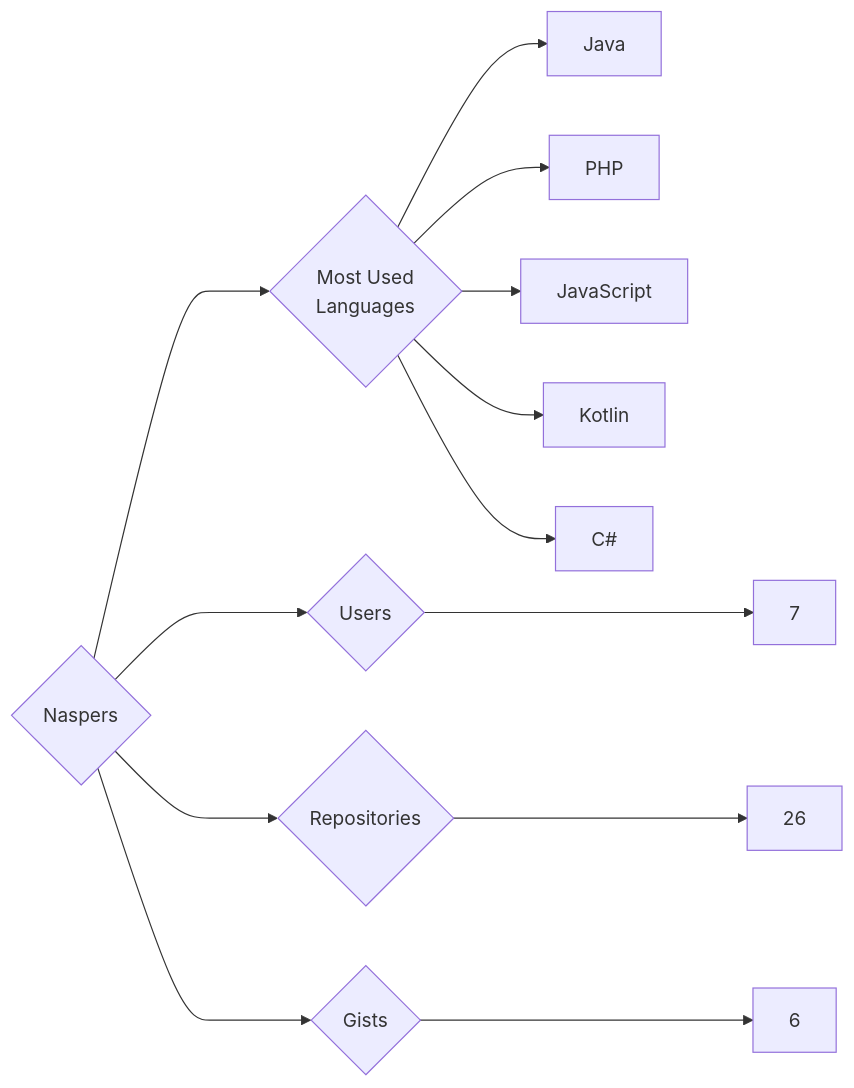
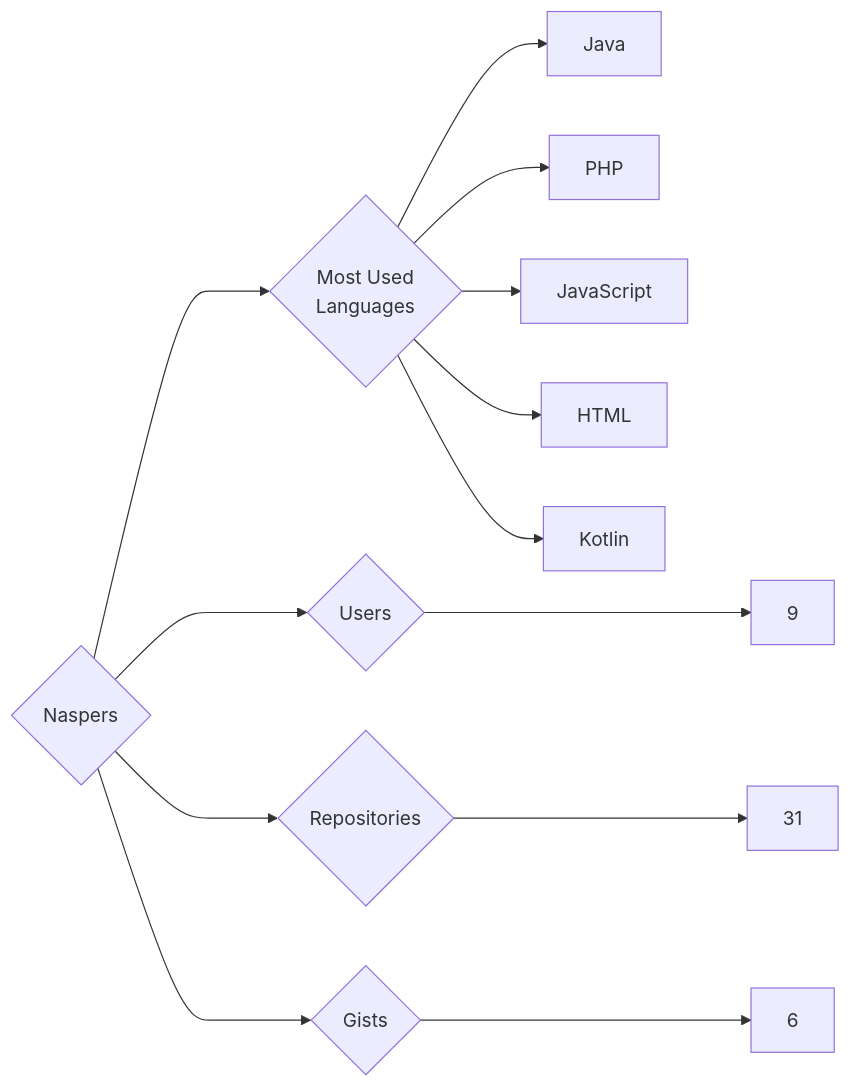
Before and after one commit to trickest/insiders: the diagram in targets/Naspers/README.md, drawn with Mermaid. The commit also changed 878 other files, not shown here.

````diff
--- a/targets/Naspers/README.md
+++ b/targets/Naspers/README.md
@@ -3,13 +3,13 @@
 ```mermaid
 graph LR
 COMPANY_NAME{Naspers}
-COMPANY_NAME ---> U{Users} ---> UN[7]
-COMPANY_NAME ---> R{Repositories} ---> RN[26]
+COMPANY_NAME ---> U{Users} ---> UN[9]
+COMPANY_NAME ---> R{Repositories} ---> RN[31]
 COMPANY_NAME ---> G{Gists} ---> GN[6]
 COMPANY_NAME ---> ML{Most Used<br>Languages}
 ML --> Java[Java]
 ML --> PHP[PHP]
 ML --> JavaScript[JavaScript]
+ML --> HTML[HTML]
 ML --> Kotlin[Kotlin]
-ML --> C#[C#]
 ```
````
